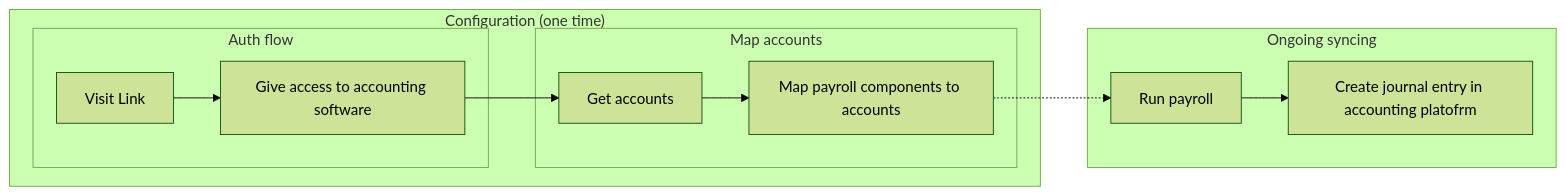
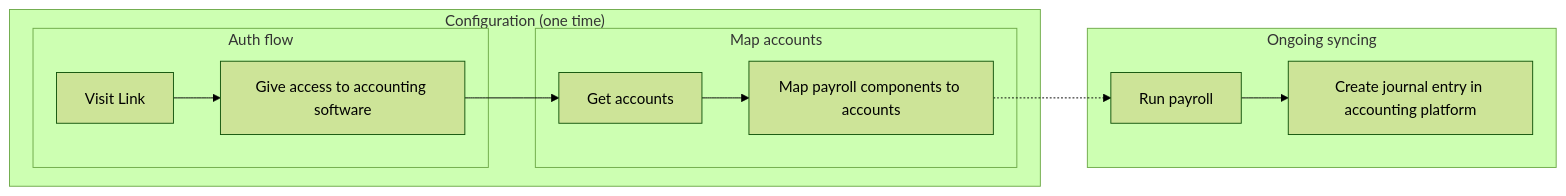
Before and after one commit to codatio/codat-docs: the diagram in docs/payroll/overview.mdx, drawn with Mermaid (forest theme). The commit also changed 34 other files, not shown here.

````diff
--- a/docs/payroll/overview.mdx
+++ b/docs/payroll/overview.mdx
@@ -45,16 +45,16 @@
 ```mermaid
 flowchart LR
   subgraph X["Configuration (one time)"]
     subgraph Auth flow
         A["Visit Link"] --> B["Give access to accounting software"]
     end
     subgraph Map accounts
         C["Get accounts"] --> D["Map payroll components to accounts"]
         B --> C
     end
   end
   subgraph Ongoing syncing
-    E["Run payroll"] --> F["Create journal entry in accounting platofrm"]
+    E["Run payroll"] --> F["Create journal entry in accounting platform"]
     D -.-> E
   end
 ```
````
